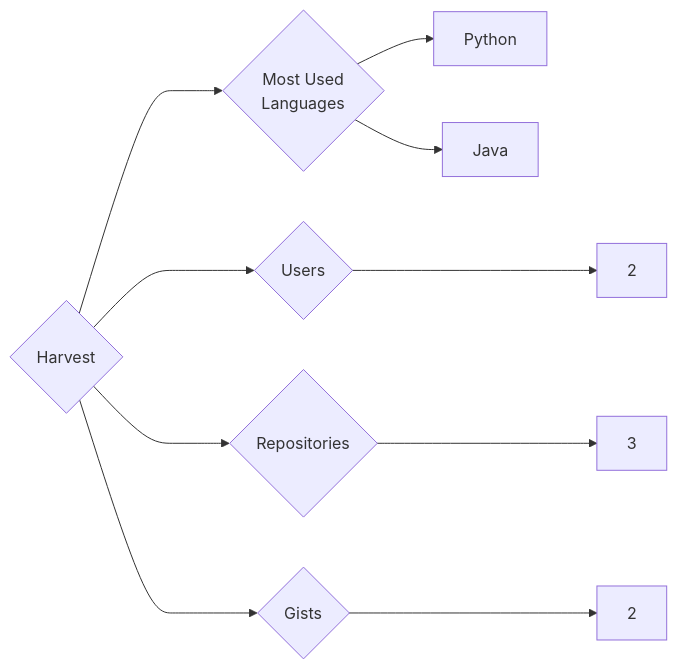
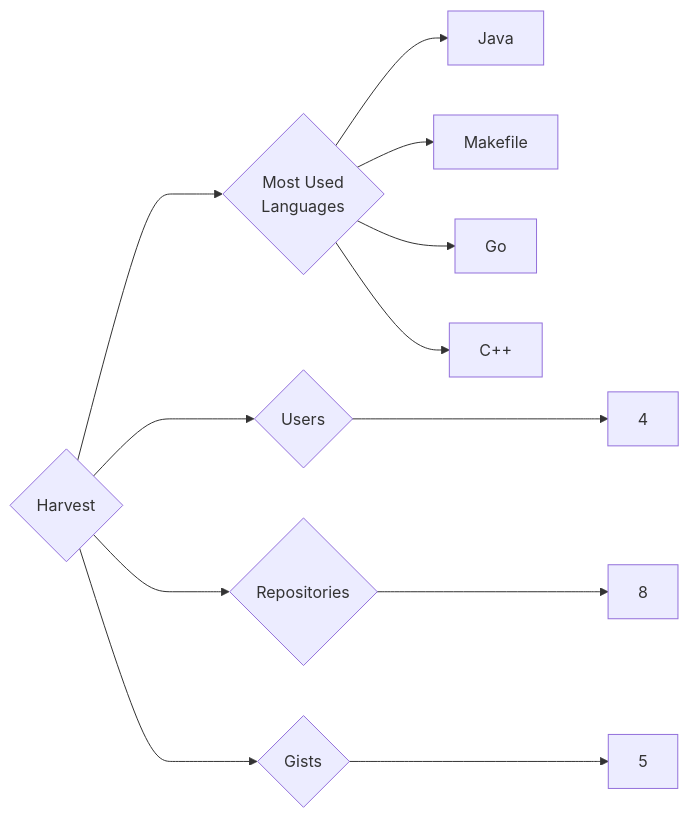
The diagram in targets/Harvest/README.md (trickest/insiders), drawn with Mermaid before and after one commit. The commit also changed 870 other files, not shown here.

````diff
--- a/targets/Harvest/README.md
+++ b/targets/Harvest/README.md
@@ -3,10 +3,12 @@
 ```mermaid
 graph LR
 COMPANY_NAME{Harvest}
-COMPANY_NAME ---> U{Users} ---> UN[2]
-COMPANY_NAME ---> R{Repositories} ---> RN[3]
-COMPANY_NAME ---> G{Gists} ---> GN[2]
+COMPANY_NAME ---> U{Users} ---> UN[4]
+COMPANY_NAME ---> R{Repositories} ---> RN[8]
+COMPANY_NAME ---> G{Gists} ---> GN[5]
 COMPANY_NAME ---> ML{Most Used<br>Languages}
-ML --> Python[Python]
 ML --> Java[Java]
+ML --> Makefile[Makefile]
+ML --> Go[Go]
+ML --> C++[C++]
 ```
````
